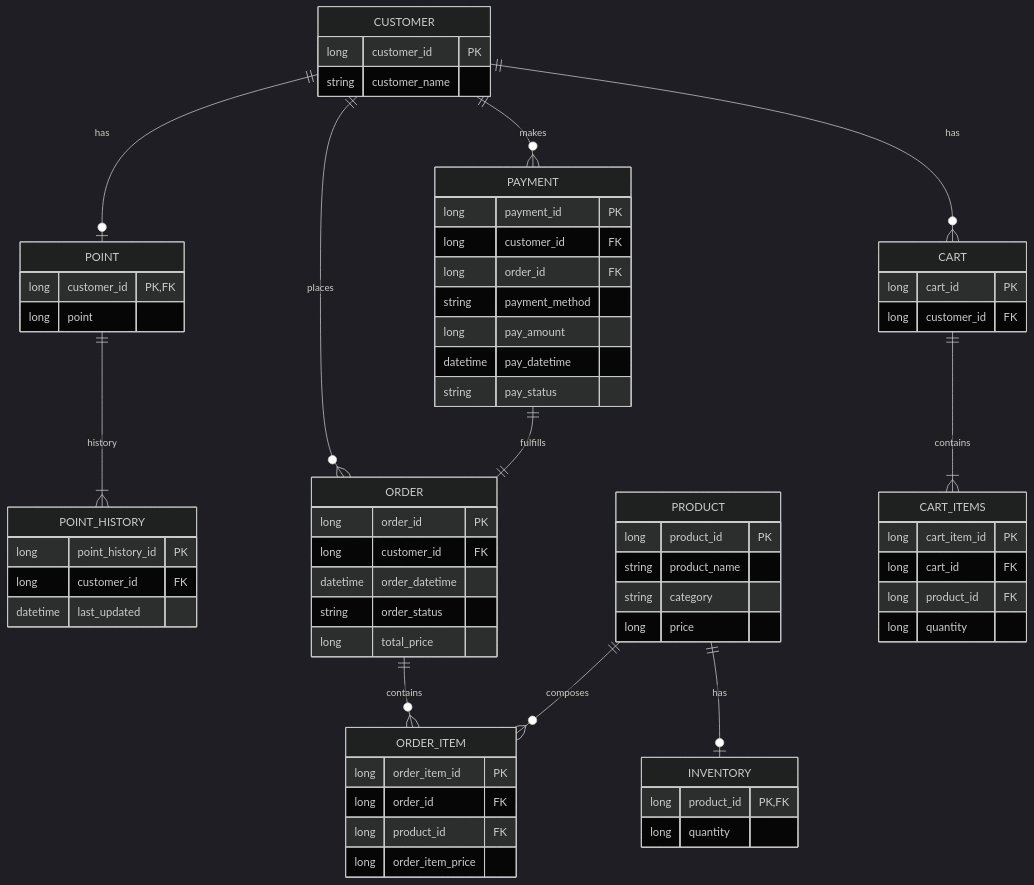
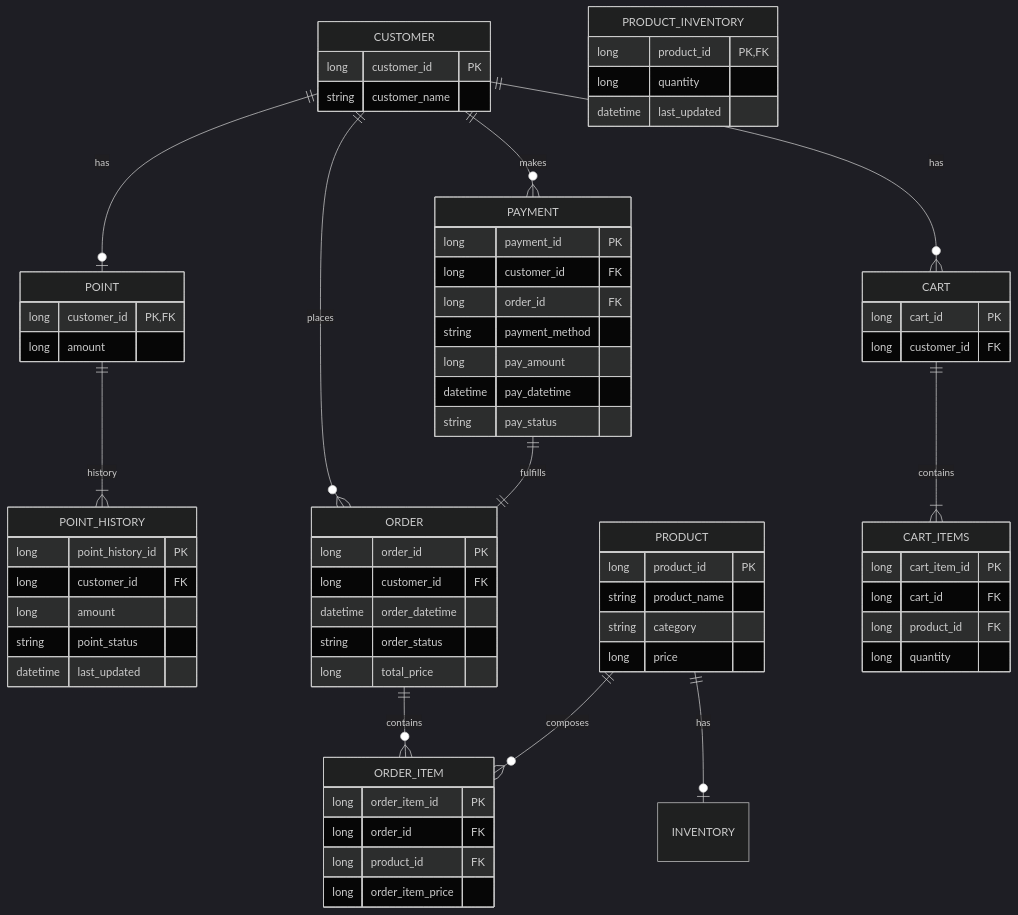
Before and after one commit to Kwang-in-da-Ho/hanghae_plus_backend_4: the fifth of 5 diagrams in chapter2/ecommerce/README.md, drawn with Mermaid (dark theme). The commit also changed 26 other files, not shown here.

Commit message:
- add entities for domains point, product - modify all parameters of repository classes to entities - complete simple tests for point and product

````diff
--- a/chapter2/ecommerce/README.md
+++ b/chapter2/ecommerce/README.md
@@ -191,76 +191,79 @@
 ```mermaid
 erDiagram
   CUSTOMER {
     long customer_id PK
     string customer_name
 
   }
   POINT {
     long customer_id PK, FK
-    long point
+    long amount
   }
   CUSTOMER ||--|o POINT : has
   
   POINT_HISTORY {
       long point_history_id PK
       long customer_id FK
+      long amount
+      string point_status
       datetime last_updated
   }
   
   POINT ||--|{ POINT_HISTORY : history
 
   PRODUCT {
     long product_id PK
     string product_name
     string category
     long price
   }
-  INVENTORY {
+  PRODUCT_INVENTORY {
     long product_id PK,FK
     long quantity
+    datetime last_updated
   }
   PRODUCT ||--|o INVENTORY: has
 
   ORDER {
     long order_id PK
     long customer_id FK
     datetime order_datetime
     string order_status
     long total_price
   }
 
   ORDER_ITEM {
     long order_item_id PK
     long order_id FK
     long product_id FK
     long order_item_price
   }
   ORDER ||--o{ ORDER_ITEM: contains
   CUSTOMER ||--o{ ORDER : places
   PRODUCT ||--o{ ORDER_ITEM: composes
 
   PAYMENT{
     long payment_id PK
     long customer_id FK
     long order_id FK
     string payment_method
     long pay_amount
     datetime pay_datetime
     string pay_status
   }
   CUSTOMER ||--o{ PAYMENT : makes
   PAYMENT ||--|| ORDER: fulfills
 
   CART {
       long cart_id PK
       long customer_id FK
   }
   CART_ITEMS {
       long cart_item_id PK
       long cart_id FK
       long product_id FK
       long quantity 
   }
   CUSTOMER ||--o{ CART : has
   CART ||--|{ CART_ITEMS : contains
 ```
````
